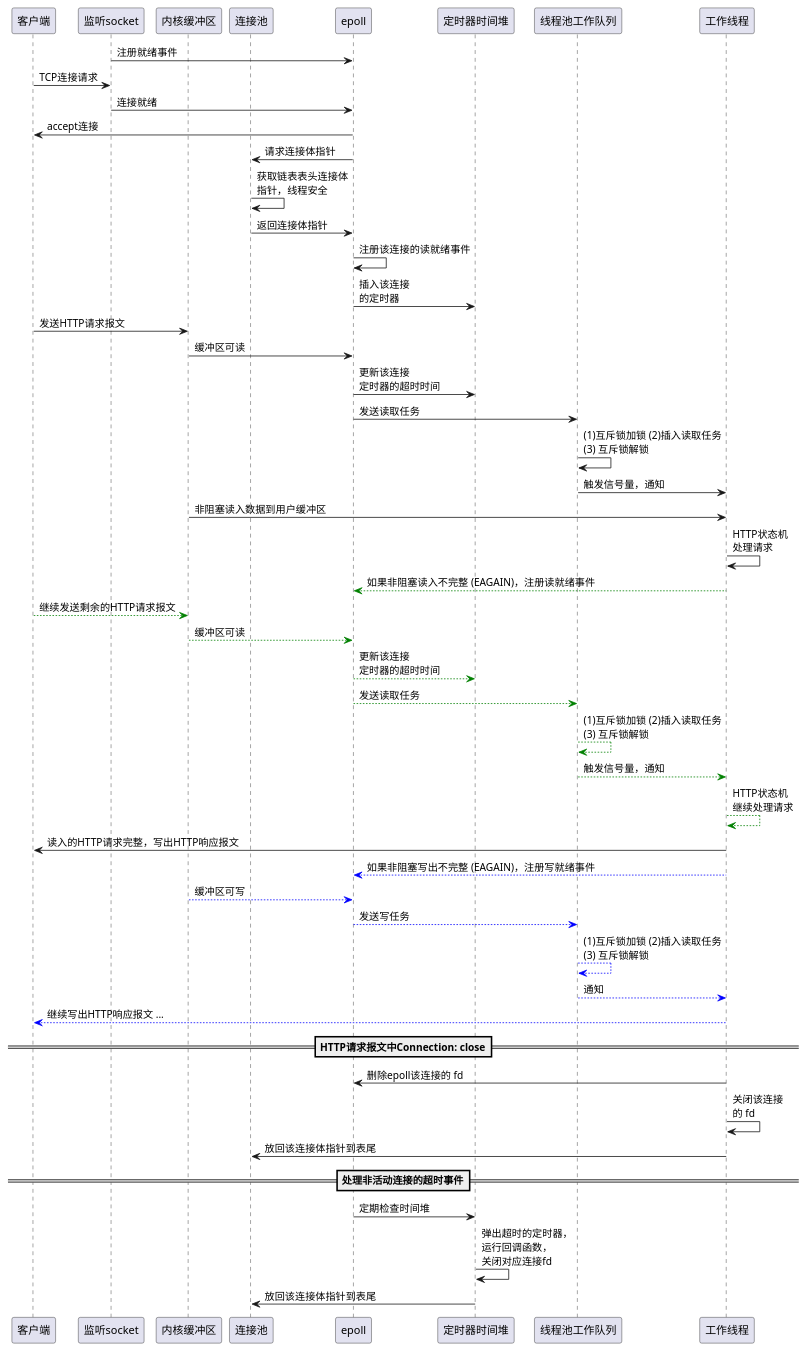
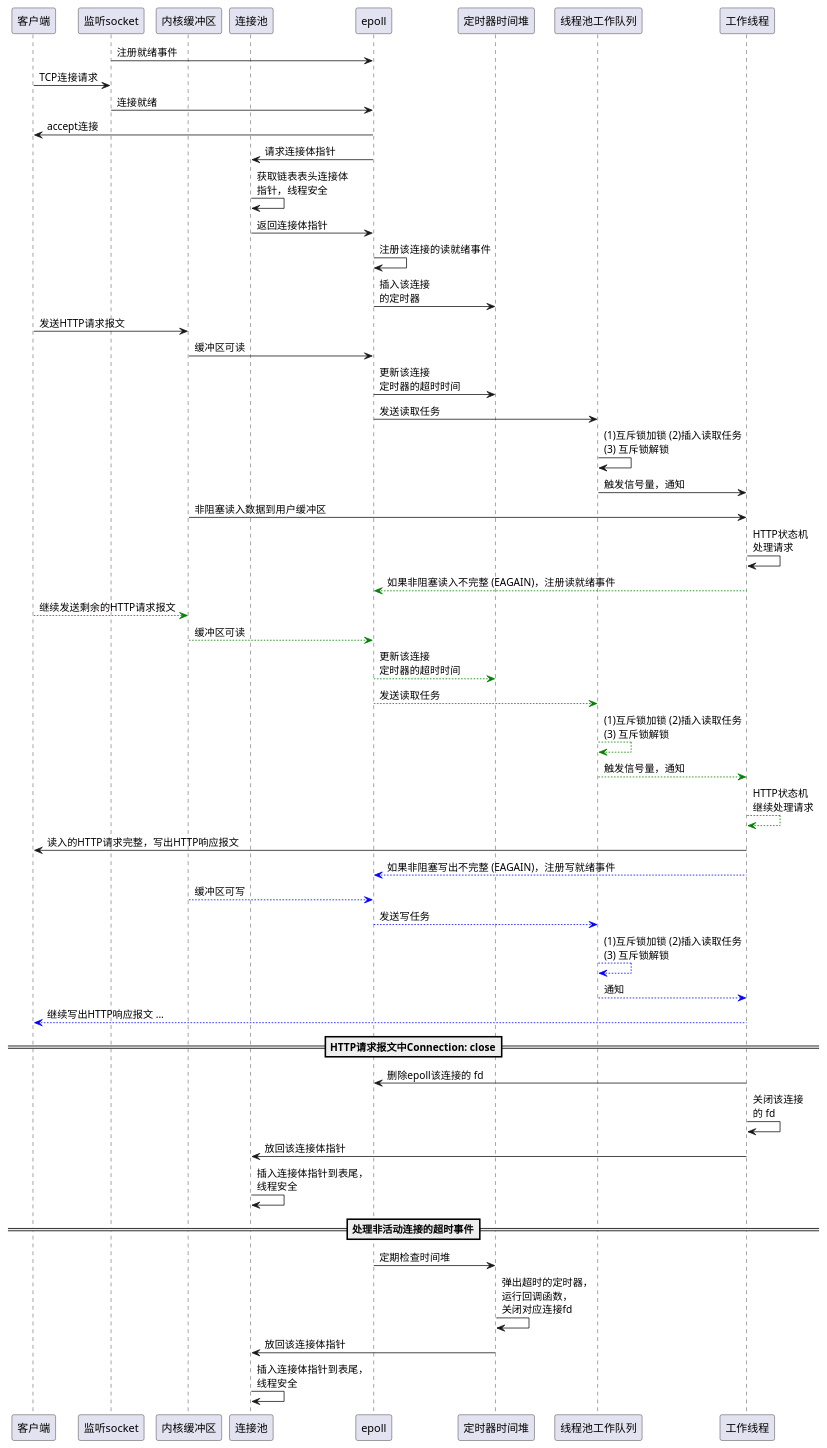
The diagram in plantuml/workflow.wsd (Natureal/Pink_server), drawn with PlantUML before and after one commit. The commit also changed 1 other file, not shown here.

```diff
--- a/plantuml/workflow.wsd
+++ b/plantuml/workflow.wsd
@@ -1,99 +1,103 @@
 @startuml
 
 participant 客户端
 
 participant 监听socket
 
 participant 内核缓冲区
 
 participant 连接池
 
 participant epoll
 
 participant 定时器时间堆
 
 participant 线程池工作队列
 
 participant 工作线程
 
 监听socket -> epoll : 注册就绪事件
 
 客户端 -> 监听socket : TCP连接请求
 
 监听socket -> epoll : 连接就绪
 
 epoll -> 客户端 : accept连接
 
 epoll -> 连接池 : 请求连接体指针
 
 连接池 -> 连接池 : 获取链表表头连接体\n指针，线程安全
 
 连接池 -> epoll : 返回连接体指针
 
 epoll -> epoll : 注册该连接的读就绪事件
 
 epoll -> 定时器时间堆 : 插入该连接\n的定时器
 
 客户端 -> 内核缓冲区 : 发送HTTP请求报文
 
 内核缓冲区 -> epoll : 缓冲区可读
 
 epoll -> 定时器时间堆 : 更新该连接\n定时器的超时时间
 
 epoll -> 线程池工作队列 : 发送读取任务
 
 线程池工作队列 -> 线程池工作队列 : (1)互斥锁加锁 (2)插入读取任务\n(3) 互斥锁解锁
 
 线程池工作队列 -> 工作线程 : 触发信号量，通知
 
 内核缓冲区 -> 工作线程: 非阻塞读入数据到用户缓冲区
 
 工作线程 -> 工作线程 : HTTP状态机\n处理请求
 
 工作线程 --[#green]> epoll : 如果非阻塞读入不完整 (EAGAIN)，注册读就绪事件
 
 客户端 --[#green]> 内核缓冲区 : 继续发送剩余的HTTP请求报文
 
 内核缓冲区 --[#green]> epoll : 缓冲区可读
 
 epoll --[#green]> 定时器时间堆 : 更新该连接\n定时器的超时时间
 
 epoll --[#green]> 线程池工作队列 : 发送读取任务
 
 线程池工作队列 --[#green]> 线程池工作队列 : (1)互斥锁加锁 (2)插入读取任务\n(3) 互斥锁解锁
 
 线程池工作队列 --[#green]> 工作线程 : 触发信号量，通知
 
 工作线程 --[#green]> 工作线程 : HTTP状态机\n继续处理请求
 
 工作线程 -> 客户端 : 读入的HTTP请求完整，写出HTTP响应报文
 
 工作线程 --[#blue]> epoll : 如果非阻塞写出不完整 (EAGAIN)，注册写就绪事件
 
 内核缓冲区 --[#blue]> epoll : 缓冲区可写
 
 epoll --[#blue]> 线程池工作队列 : 发送写任务
 
 线程池工作队列 --[#blue]> 线程池工作队列 : (1)互斥锁加锁 (2)插入读取任务\n(3) 互斥锁解锁
 
 线程池工作队列 --[#blue]> 工作线程 : 通知
 
 工作线程 --[#blue]> 客户端 : 继续写出HTTP响应报文 ...
 
 ==HTTP请求报文中Connection: close==
 
 工作线程 -> epoll : 删除epoll该连接的 fd
 
 工作线程 -> 工作线程 : 关闭该连接\n的 fd
 
-工作线程 -> 连接池 : 放回该连接体指针到表尾
+工作线程 -> 连接池 : 放回该连接体指针
+
+连接池 -> 连接池 : 插入连接体指针到表尾，\n线程安全
 
 ==处理非活动连接的超时事件==
 
 epoll -> 定时器时间堆 : 定期检查时间堆
 
 定时器时间堆 -> 定时器时间堆 : 弹出超时的定时器，\n运行回调函数，\n关闭对应连接fd
 
-定时器时间堆 -> 连接池 : 放回该连接体指针到表尾
+定时器时间堆 -> 连接池 : 放回该连接体指针
+
+连接池 -> 连接池 : 插入连接体指针到表尾，\n线程安全
 
 @enduml
```
